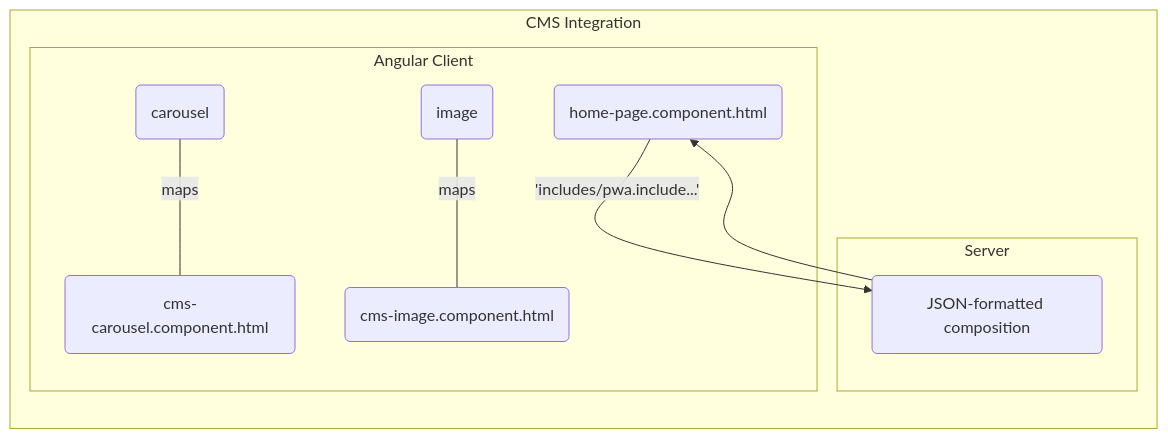
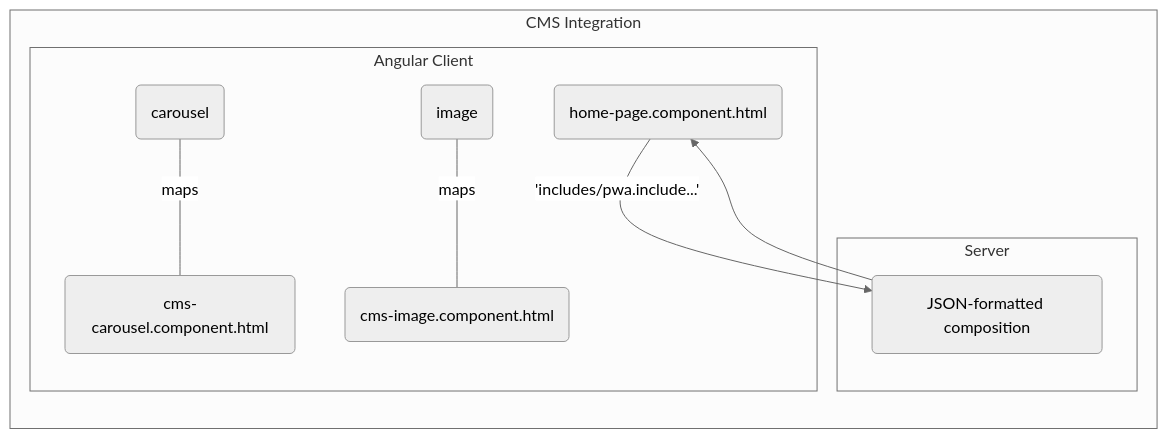
Before and after one commit to intershop/intershop-pwa: the diagram in docs/concepts/cms-integration.md, drawn with Mermaid.

Commit message:
adjsuted theme

````diff
--- a/docs/concepts/cms-integration.md
+++ b/docs/concepts/cms-integration.md
@@ -54,16 +54,16 @@
 ```mermaid
-%%{ init: { 'flowchart': { 'curve': 'natural', 'theme': 'neutral' } } }%%
+%%{init: {'theme':'neutral'}}%%
 flowchart LR
 B--'includes/pwa.include...'-->A
 A-->B
 subgraph CMS Integration
 subgraph Server
 A("JSON-formatted composition")
 end
 subgraph Angular Client
 B("home-page.component.html")
 C("carousel")--maps---D("cms-carousel.component.html")
 E("image")--maps---F("cms-image.component.html")
 end
 end
 ```
````
